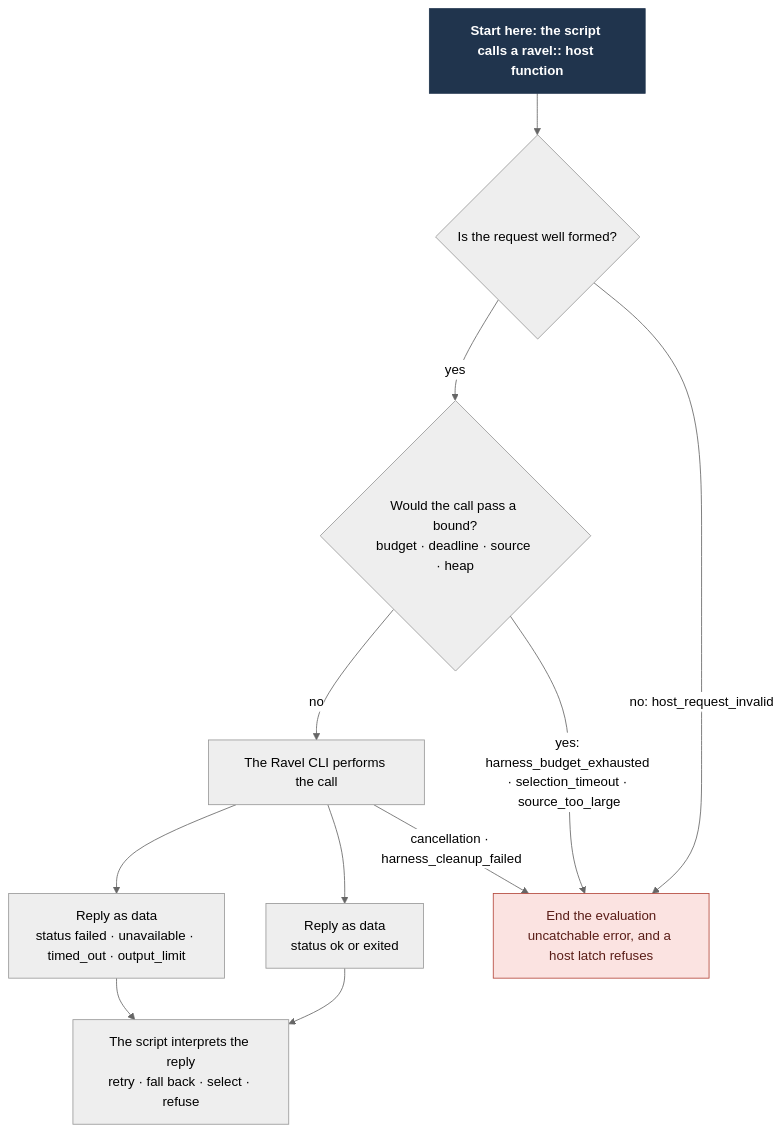
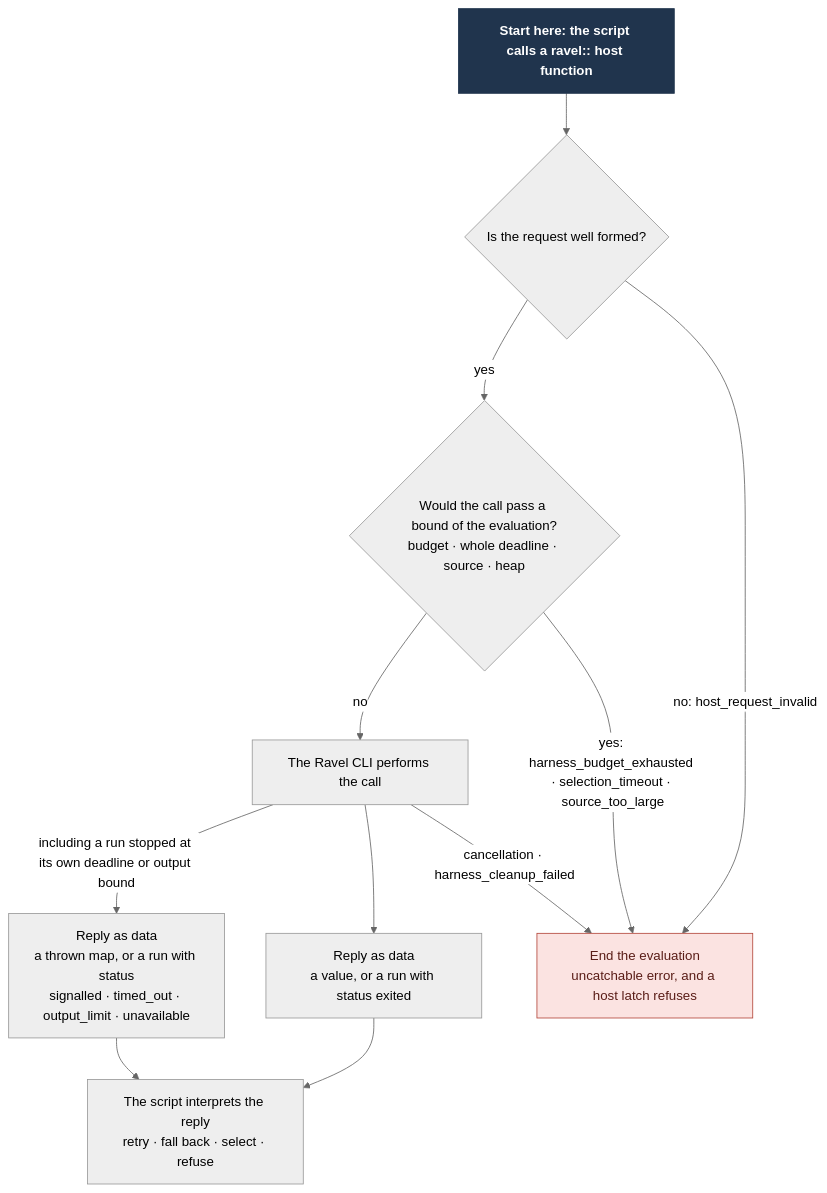
Before and after one commit to Linkuistics/Ravel: the diagram in docs/design/rhai-policy/outcomes.mmd, drawn with Mermaid (neutral theme). The commit also changed 7 other files, not shown here.

First line of the commit message:
llm-calls-through-harnesses-k61: scope the credential, run-bound and re-entry contracts that the design review found too broad

```diff
--- a/docs/design/rhai-policy/outcomes.mmd
+++ b/docs/design/rhai-policy/outcomes.mmd
@@ -1,23 +1,23 @@
 flowchart TD
   start["Start here: the script calls a ravel:: host function"]
   wellformed{"Is the request well formed?"}
-  bound{"Would the call pass a bound?<br/>budget · deadline · source · heap"}
+  bound{"Would the call pass a bound of the evaluation?<br/>budget · whole deadline · source · heap"}
   run["The Ravel CLI performs the call"]
-  ok["Reply as data<br/>status ok or exited"]
-  fail["Reply as data<br/>status failed · unavailable · timed_out · output_limit"]
+  ok["Reply as data<br/>a value, or a run with status exited"]
+  fail["Reply as data<br/>a thrown map, or a run with status<br/>signalled · timed_out · output_limit · unavailable"]
   endeval["End the evaluation<br/>uncatchable error, and a host latch refuses"]
   script["The script interprets the reply<br/>retry · fall back · select · refuse"]
   start --> wellformed
   wellformed -->|"no: host_request_invalid"| endeval
   wellformed -->|yes| bound
   bound -->|"yes: harness_budget_exhausted · selection_timeout · source_too_large"| endeval
   bound -->|no| run
   run --> ok
-  run --> fail
+  run -->|"including a run stopped at its own deadline or output bound"| fail
   run -->|"cancellation · harness_cleanup_failed"| endeval
   ok --> script
   fail --> script
   classDef start fill:#20344d,color:#fff,stroke:#20344d,font-weight:bold
   classDef stop fill:#fbe3e1,color:#5a1d17,stroke:#b4473b
   class start start
   class endeval stop
```
